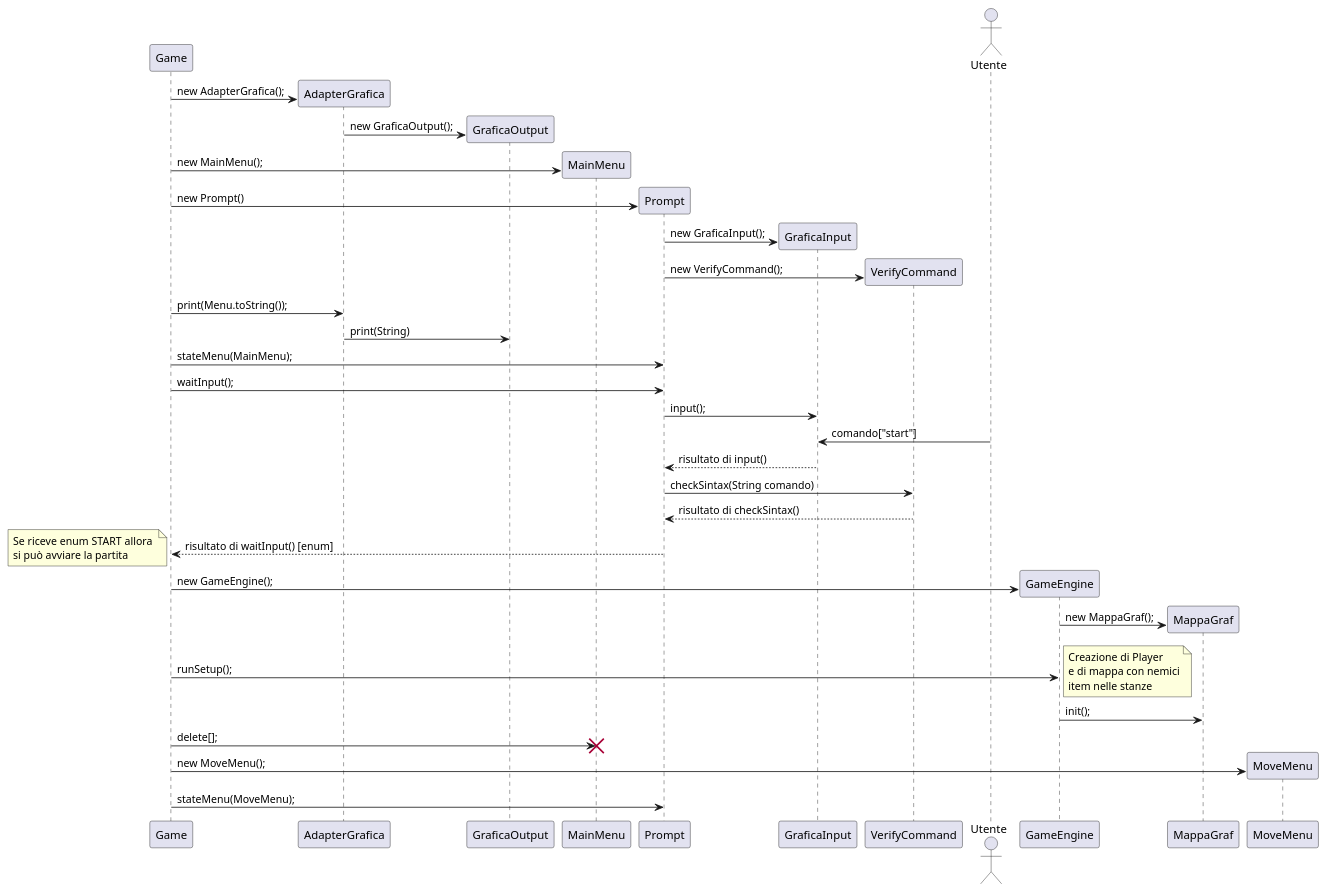
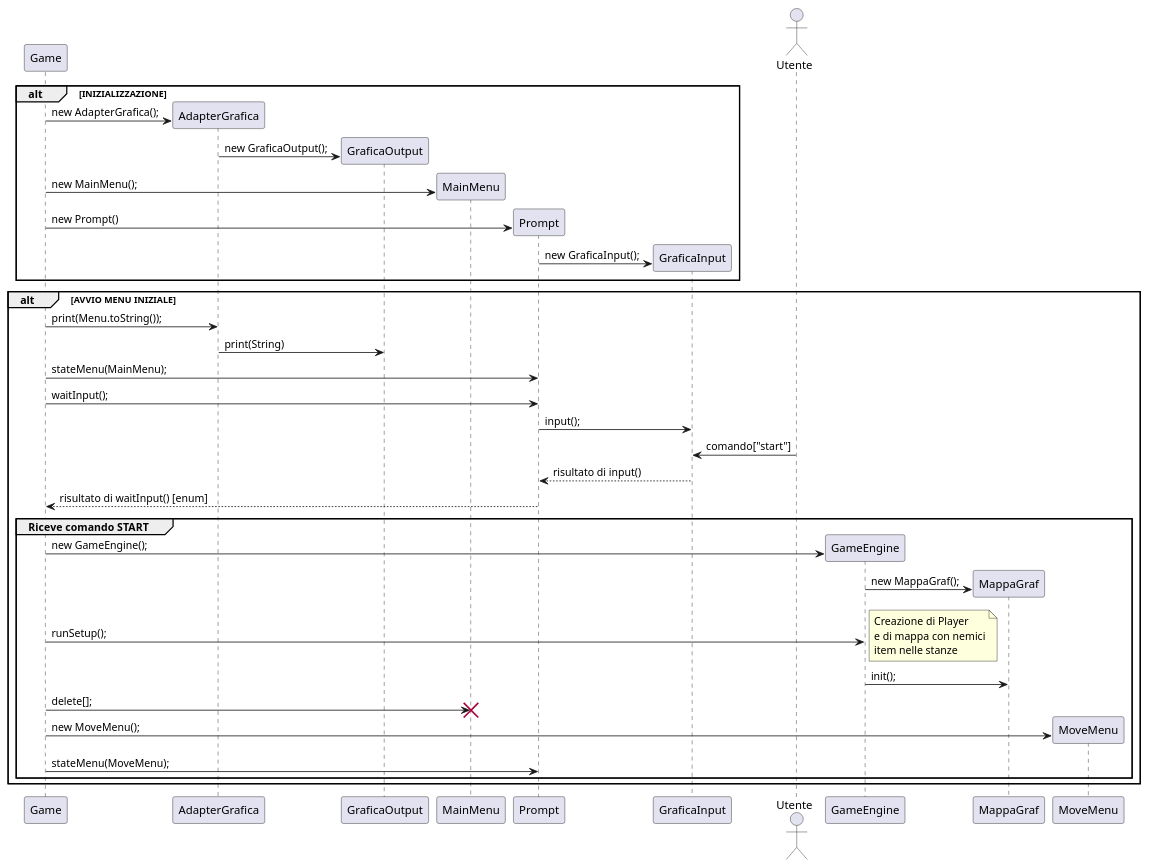
One commit to PdP03/ACMD changed the diagram in DiagrammiUML/SequenceDiagram.puml. Above: the diagram before and after it, drawn with PlantUML.

Commit message:
Update SequenceDiagram.puml rifinire

```diff
--- a/DiagrammiUML/SequenceDiagram.puml
+++ b/DiagrammiUML/SequenceDiagram.puml
@@ -1,69 +1,73 @@
 @startuml
 
-
+alt INIZIALIZZAZIONE
 
 participant Game as ga
 
 /'---------------- INIZIALIZZAZIONE OGGETTI ----------------'/
 create AdapterGrafica
 ga -> AdapterGrafica: new AdapterGrafica();
 
 create GraficaOutput
 AdapterGrafica -> GraficaOutput: new GraficaOutput();
 
 create MainMenu
 ga -> MainMenu: new MainMenu();
 
 create Prompt
 ga -> Prompt : new Prompt()
 
 create GraficaInput
 Prompt -> GraficaInput : new GraficaInput();
 
-create VerifyCommand
+/'create VerifyCommand
 Prompt -> VerifyCommand: new VerifyCommand();
+'/
+end
 
+
+alt AVVIO MENU INIZIALE
 actor Utente as u
 
 /'---------------- AVVIO MENU INIZIALE ----------------'/
 ga -> AdapterGrafica : print(Menu.toString());
 AdapterGrafica -> GraficaOutput : print(String)
 
 ga -> Prompt : stateMenu(MainMenu);
 ga -> Prompt : waitInput();
 Prompt -> GraficaInput : input();
 
+/'GraficaInput -> u'/
 u -> GraficaInput : comando["start"]
 GraficaInput --> Prompt : risultato di input()
-Prompt -> VerifyCommand : checkSintax(String comando)
-VerifyCommand --> Prompt: risultato di checkSintax()
 Prompt --> ga : risultato di waitInput() [enum]
-
-note left
+/'note left
 Se riceve enum START allora 
 si può avviare la partita
 end note
+'/
+
+group Riceve comando START
 
 /'---------------- AVVIO PARTITA ----------------'/
 create GameEngine
 ga -> GameEngine : new GameEngine();
-
 create MappaGraf
 GameEngine -> MappaGraf: new MappaGraf();
 ga -> GameEngine : runSetup();
-
 note right
 Creazione di Player
 e di mappa con nemici
 item nelle stanze
 end note
-
 GameEngine -> MappaGraf : init();
 ga -> MainMenu : delete[];
-
 destroy MainMenu
 create MoveMenu
 ga -> MoveMenu: new MoveMenu();
 ga -> Prompt : stateMenu(MoveMenu);
 
+end
+end
+
 @enduml
```
